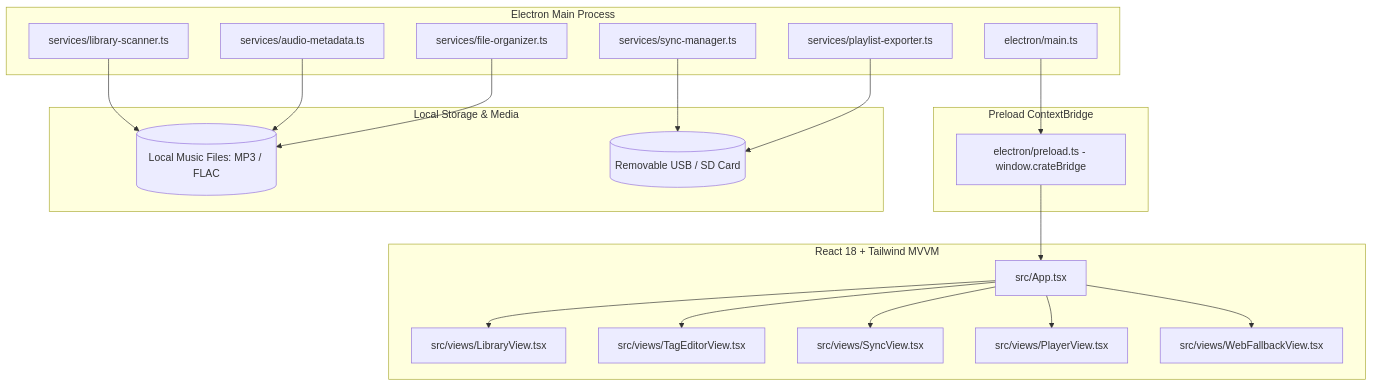
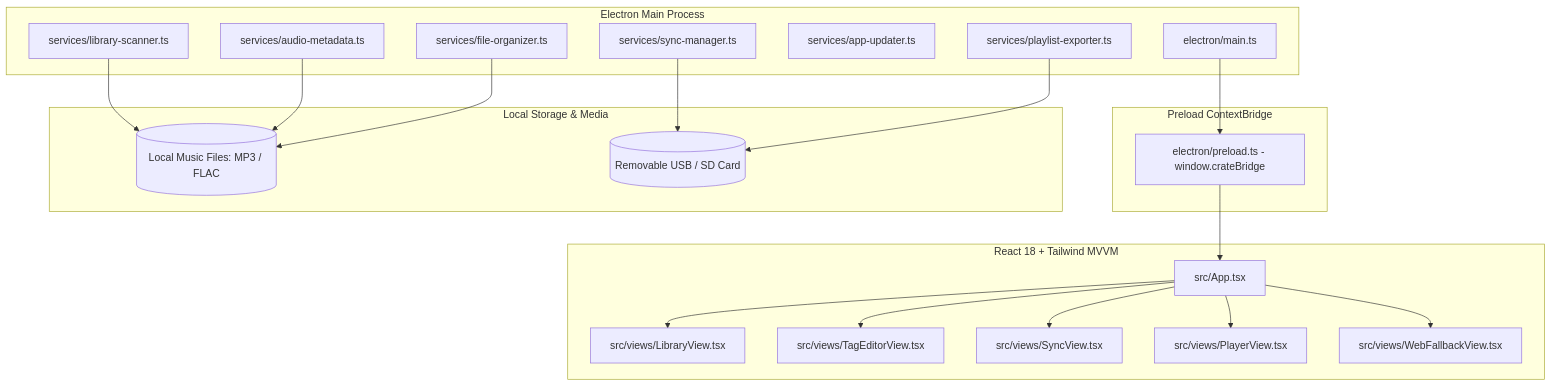
The diagram in docs/architecture.md (PSA-Department-of-Engineering/crate), drawn with Mermaid before and after one commit. The commit also changed other lines of this file and 22 other files, not shown here.

````diff
--- a/docs/architecture.md
+++ b/docs/architecture.md
@@ -7,35 +7,36 @@
 ```mermaid
 graph TD
     subgraph Desktop Shell [Electron Main Process]
         Main[electron/main.ts]
         Scanner[services/library-scanner.ts]
         Tagger[services/audio-metadata.ts]
         Organizer[services/file-organizer.ts]
+        Updater[services/app-updater.ts]
         SyncMgr[services/sync-manager.ts]
         PlaylistExp[services/playlist-exporter.ts]
     end
 
     subgraph Security Boundary [Preload ContextBridge]
         Bridge[electron/preload.ts - window.crateBridge]
     end
 
     subgraph Renderer UI [React 18 + Tailwind MVVM]
         App[src/App.tsx]
         LibView[src/views/LibraryView.tsx]
         TagView[src/views/TagEditorView.tsx]
         SyncView[src/views/SyncView.tsx]
         PlayerView[src/views/PlayerView.tsx]
         WebFallback[src/views/WebFallbackView.tsx]
     end
 
     subgraph Local Storage & Media
         LocalMusic[(Local Music Files: MP3 / FLAC)]
         RemovableDrive[(Removable USB / SD Card)]
     end
 
     Main --> Bridge
     Bridge --> App
     App --> LibView & TagView & SyncView & PlayerView & WebFallback
     Scanner & Tagger & Organizer --> LocalMusic
     SyncMgr & PlaylistExp --> RemovableDrive
 ```
````
